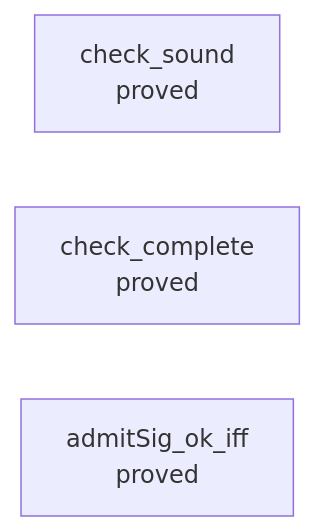
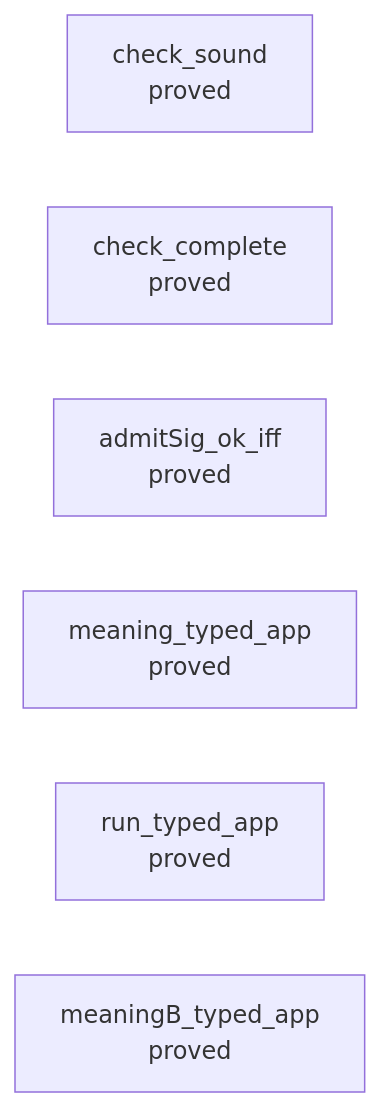
The first of 13 diagrams in generated/semantics.md (pure-algebra/lean4-effect4), drawn with Mermaid before and after one commit. The commit also changed other lines of this file and 5 other files, not shown here.

First line of the commit message:
R1: meaning, loop and run soundness at an application's signature, by C3's reflection

````diff
--- a/generated/semantics.md
+++ b/generated/semantics.md
@@ -1435,6 +1456,9 @@
 ```mermaid
 flowchart LR
   n0["check_sound<br/>proved"]
   n1["check_complete<br/>proved"]
   n2["admitSig_ok_iff<br/>proved"]
+  n3["meaning_typed_app<br/>proved"]
+  n4["run_typed_app<br/>proved"]
+  n5["meaningB_typed_app<br/>proved"]
 ```
````
